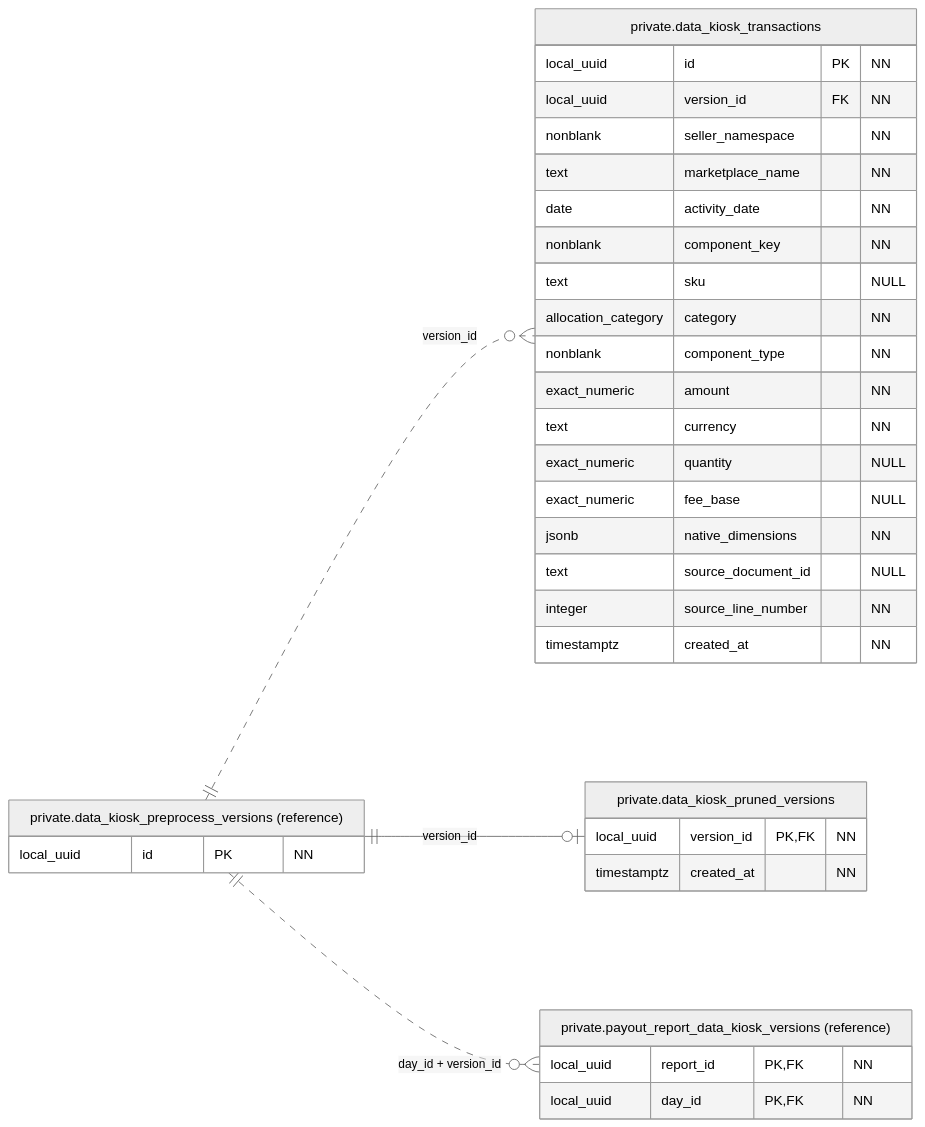
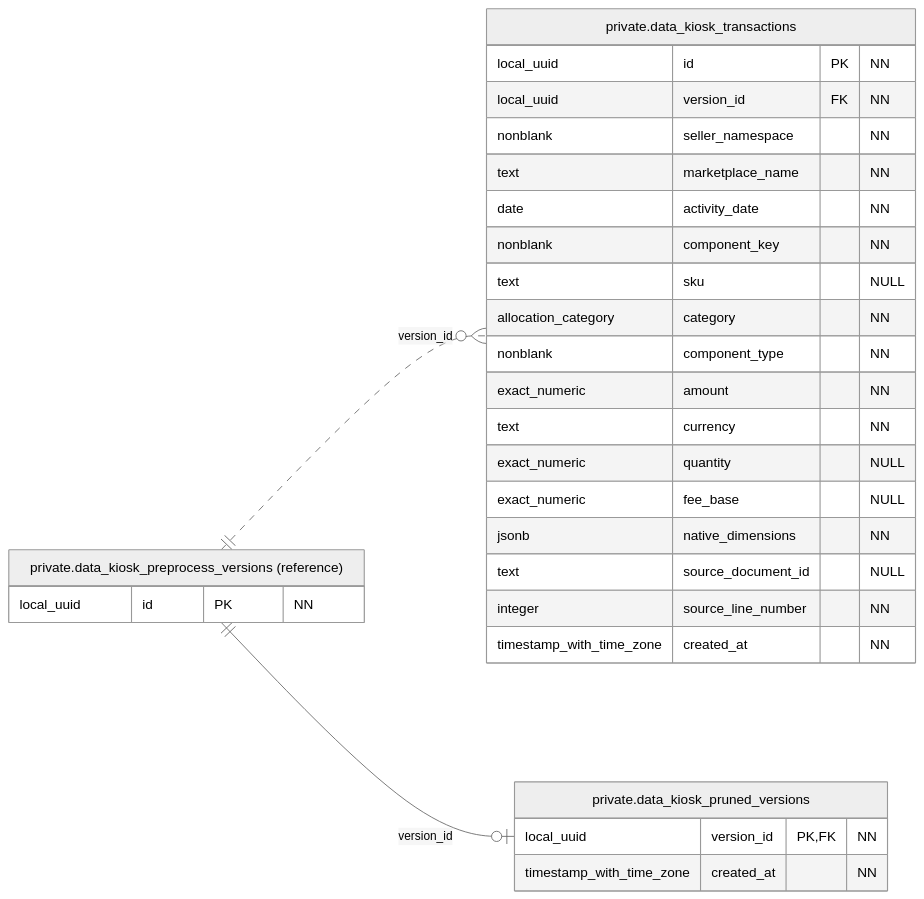
The diagram in docs/figures/database/05-data-kiosk-facts.mmd (qwercxzsda/A-SelBox), drawn with Mermaid (neutral theme) before and after one commit. The commit also changed 377 other files, not shown here.

```diff
--- a/docs/figures/database/05-data-kiosk-facts.mmd
+++ b/docs/figures/database/05-data-kiosk-facts.mmd
@@ -1,39 +1,33 @@
 erDiagram
     direction LR
     private_data_kiosk_preprocess_versions ||..o{ private_data_kiosk_transactions : "version_id"
     private_data_kiosk_preprocess_versions ||--o| private_data_kiosk_pruned_versions : "version_id"
-    private_data_kiosk_preprocess_versions ||..o{ private_payout_report_data_kiosk_versions : "day_id + version_id"
 
     private_data_kiosk_transactions["private.data_kiosk_transactions"] {
         local_uuid id PK "NN"
         local_uuid version_id FK "NN"
         nonblank seller_namespace "NN"
         text marketplace_name "NN"
         date activity_date "NN"
         nonblank component_key "NN"
         text sku "NULL"
         allocation_category category "NN"
         nonblank component_type "NN"
         exact_numeric amount "NN"
         text currency "NN"
         exact_numeric quantity "NULL"
         exact_numeric fee_base "NULL"
         jsonb native_dimensions "NN"
         text source_document_id "NULL"
         integer source_line_number "NN"
-        timestamptz created_at "NN"
+        timestamp_with_time_zone created_at "NN"
     }
 
     private_data_kiosk_pruned_versions["private.data_kiosk_pruned_versions"] {
         local_uuid version_id PK, FK "NN"
-        timestamptz created_at "NN"
+        timestamp_with_time_zone created_at "NN"
     }
 
     private_data_kiosk_preprocess_versions["private.data_kiosk_preprocess_versions (reference)"] {
         local_uuid id PK "NN"
     }
-
-    private_payout_report_data_kiosk_versions["private.payout_report_data_kiosk_versions (reference)"] {
-        local_uuid report_id PK, FK "NN"
-        local_uuid day_id PK, FK "NN"
-    }
```
